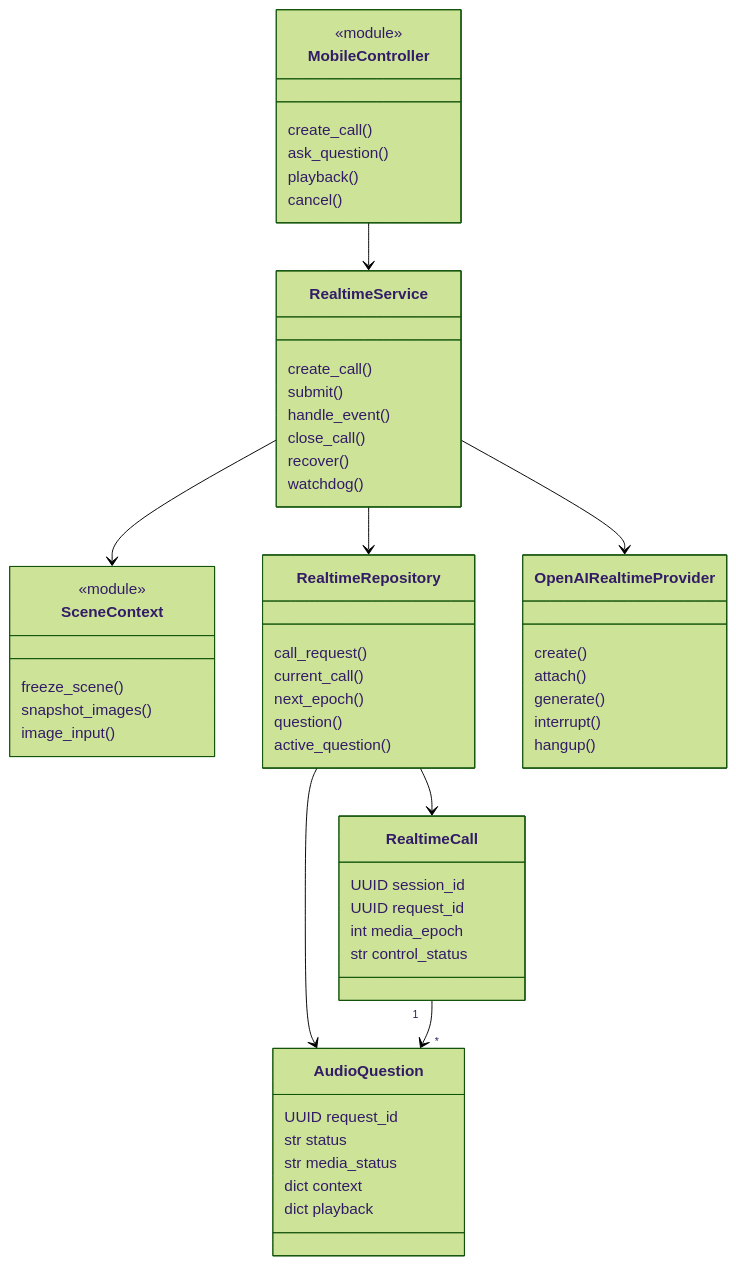
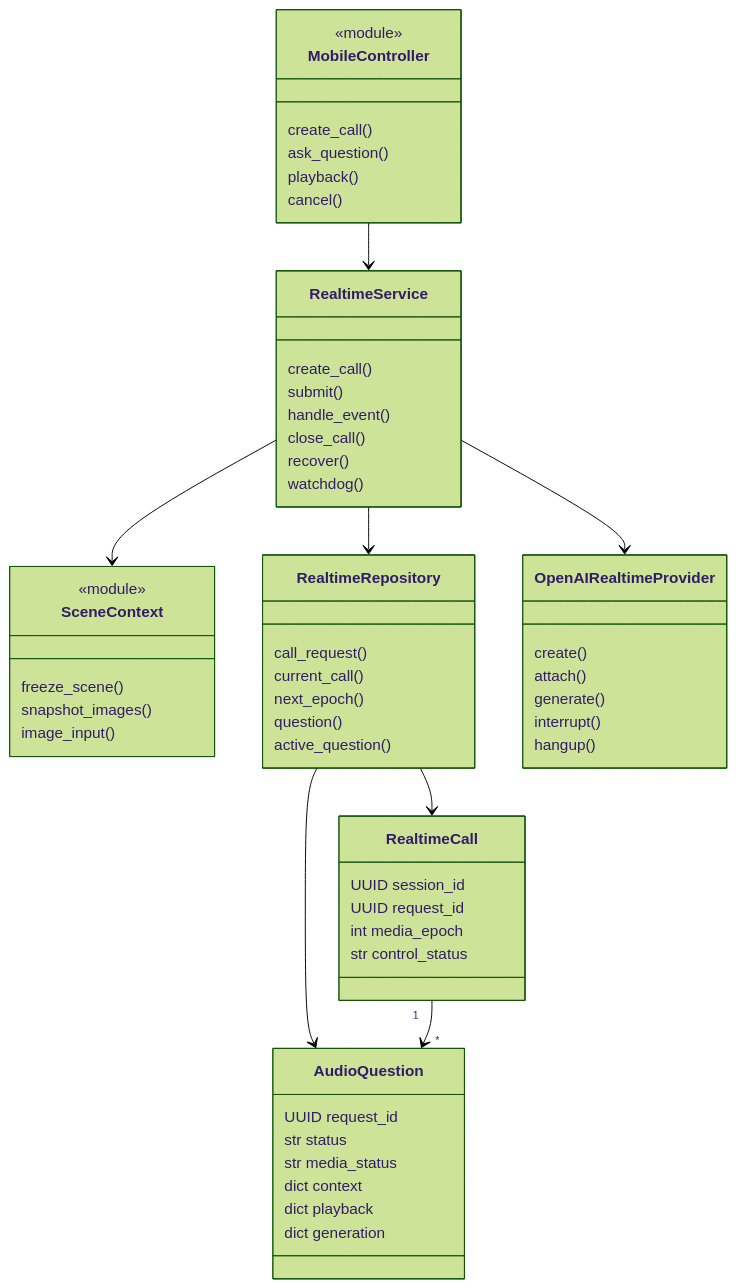
The second of 2 diagrams in docs/15-mobile-realtime-et-pi.md (Mindsept/Looki--Vision), drawn with Mermaid (forest theme) before and after one commit. The commit also changed other lines of this file and 44 other files, not shown here.

````diff
--- a/docs/15-mobile-realtime-et-pi.md
+++ b/docs/15-mobile-realtime-et-pi.md
@@ -53,58 +53,59 @@
 ```mermaid
 classDiagram
     class MobileController {
         <<module>>
         create_call()
         ask_question()
         playback()
         cancel()
     }
     class RealtimeService {
         create_call()
         submit()
         handle_event()
         close_call()
         recover()
         watchdog()
     }
     class SceneContext {
         <<module>>
         freeze_scene()
         snapshot_images()
         image_input()
     }
     class RealtimeRepository {
         call_request()
         current_call()
         next_epoch()
         question()
         active_question()
     }
     class OpenAIRealtimeProvider {
         create()
         attach()
         generate()
         interrupt()
         hangup()
     }
     class RealtimeCall {
         UUID session_id
         UUID request_id
         int media_epoch
         str control_status
     }
     class AudioQuestion {
         UUID request_id
         str status
         str media_status
         dict context
         dict playback
+        dict generation
     }
     MobileController --> RealtimeService
     RealtimeService --> SceneContext
     RealtimeService --> RealtimeRepository
     RealtimeService --> OpenAIRealtimeProvider
     RealtimeRepository --> RealtimeCall
     RealtimeRepository --> AudioQuestion
     RealtimeCall "1" --> "*" AudioQuestion
 ```
````
